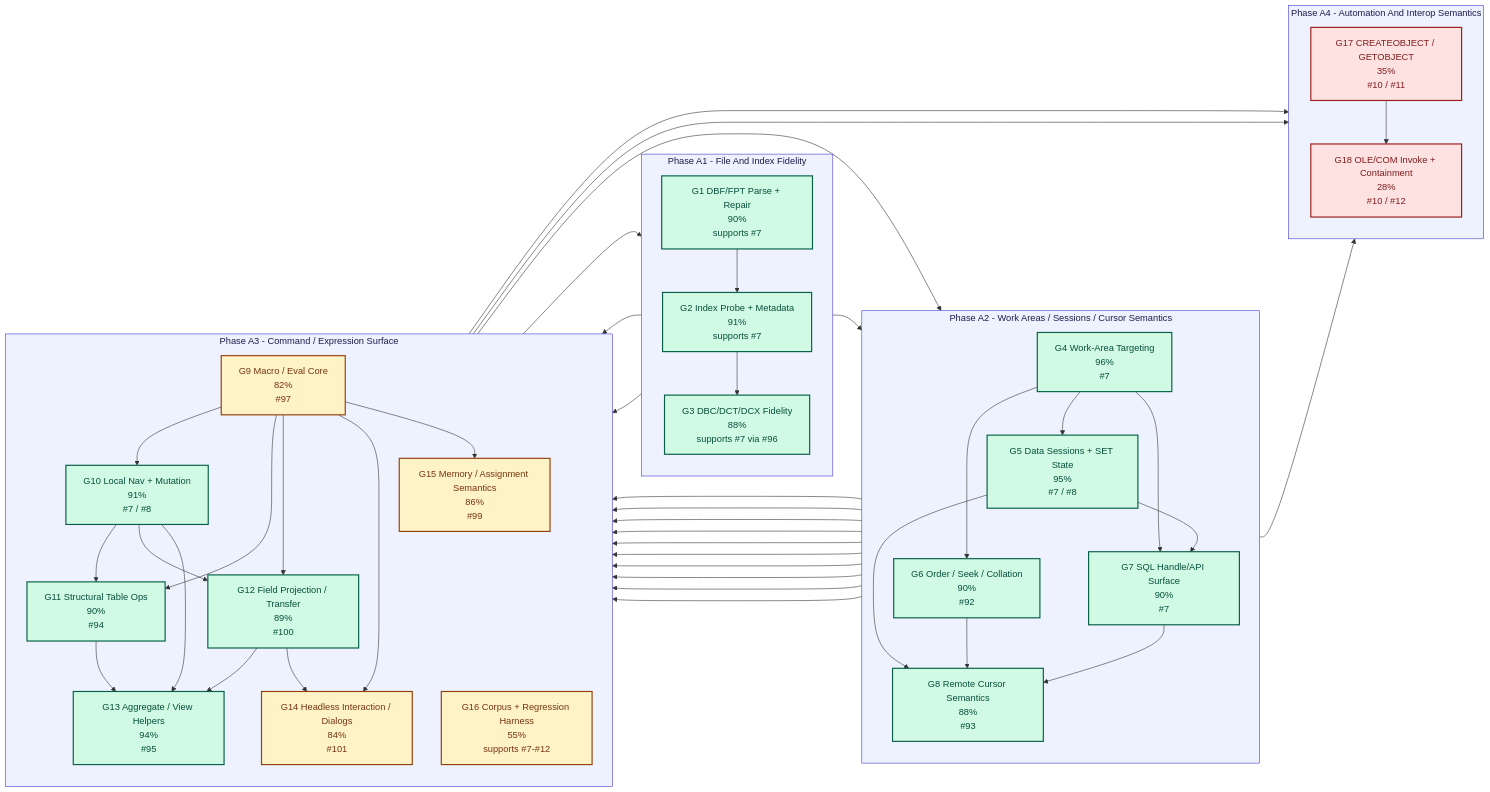
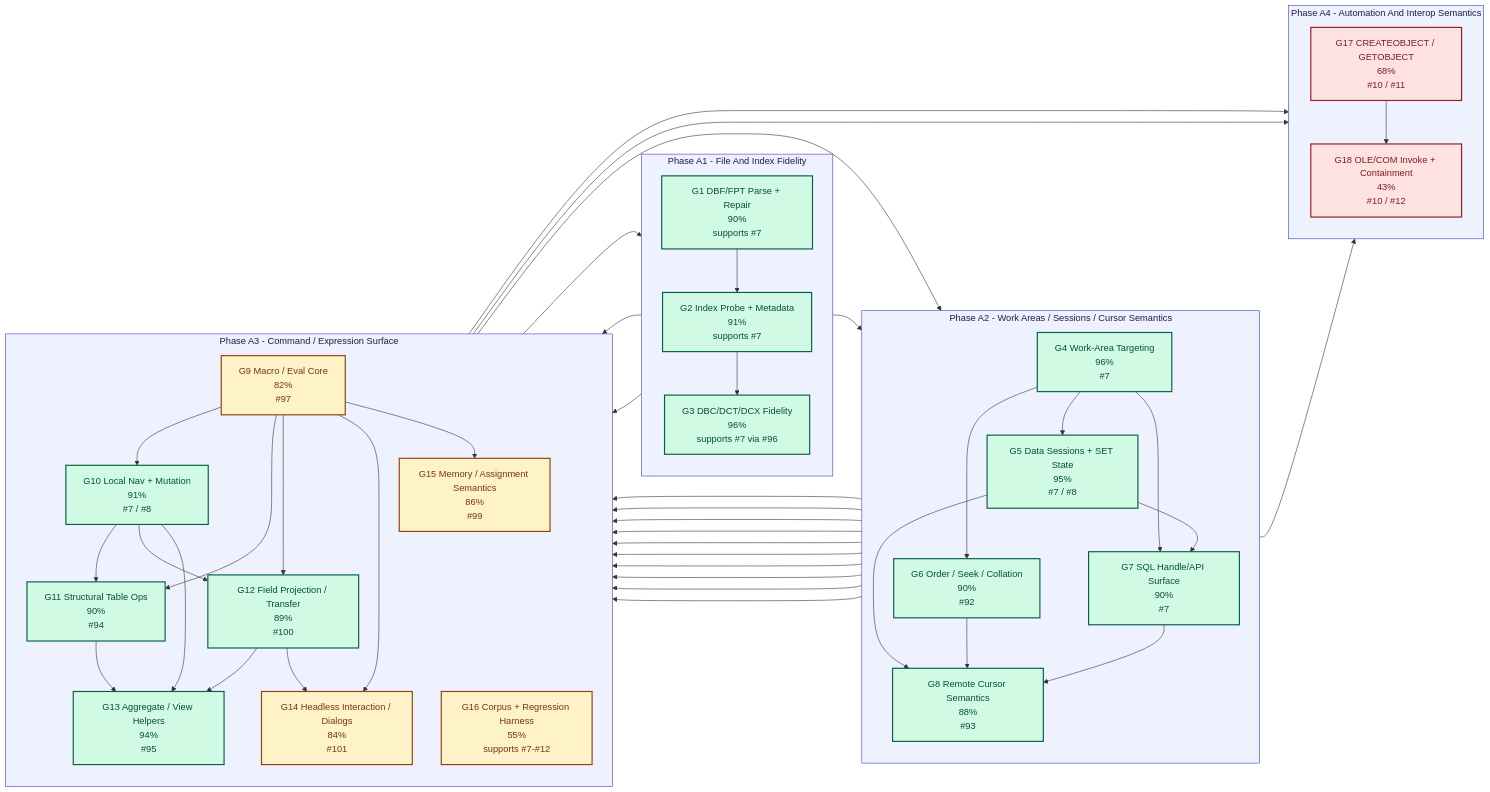
The first of 3 diagrams in docs/23-phase-a-dependency-breakdown.md (rhamenator/Project-Copperfin), drawn with Mermaid before and after one commit. The commit also changed other lines of this file and 10 other files, not shown here.

```diff
--- a/docs/23-phase-a-dependency-breakdown.md
+++ b/docs/23-phase-a-dependency-breakdown.md
@@ -83,7 +83,7 @@
         direction TB
         G1["G1 DBF/FPT Parse + Repair<br/>90%<br/>supports #7"]
         G2["G2 Index Probe + Metadata<br/>91%<br/>supports #7"]
-        G3["G3 DBC/DCT/DCX Fidelity<br/>88%<br/>supports #7 via #96"]
+        G3["G3 DBC/DCT/DCX Fidelity<br/>96%<br/>supports #7 via #96"]
     end
 
     subgraph A2[Phase A2 - Work Areas / Sessions / Cursor Semantics]
@@ -109,8 +109,8 @@
 
     subgraph A4[Phase A4 - Automation And Interop Semantics]
         direction TB
-        G17["G17 CREATEOBJECT / GETOBJECT<br/>35%<br/>#10 / #11"]
-        G18["G18 OLE/COM Invoke + Containment<br/>28%<br/>#10 / #12"]
+        G17["G17 CREATEOBJECT / GETOBJECT<br/>68%<br/>#10 / #11"]
+        G18["G18 OLE/COM Invoke + Containment<br/>43%<br/>#10 / #12"]
     end
 
     G16 --> G1
```
